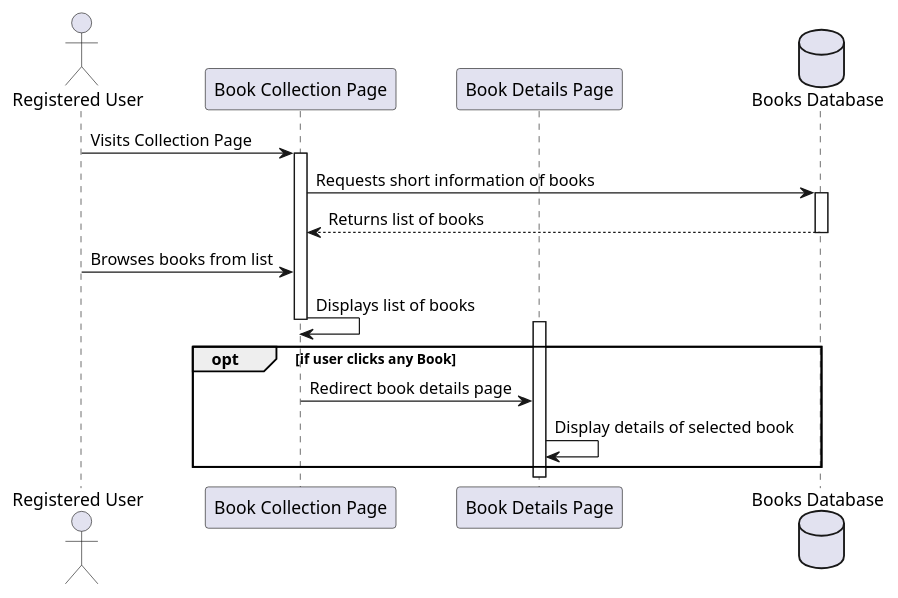
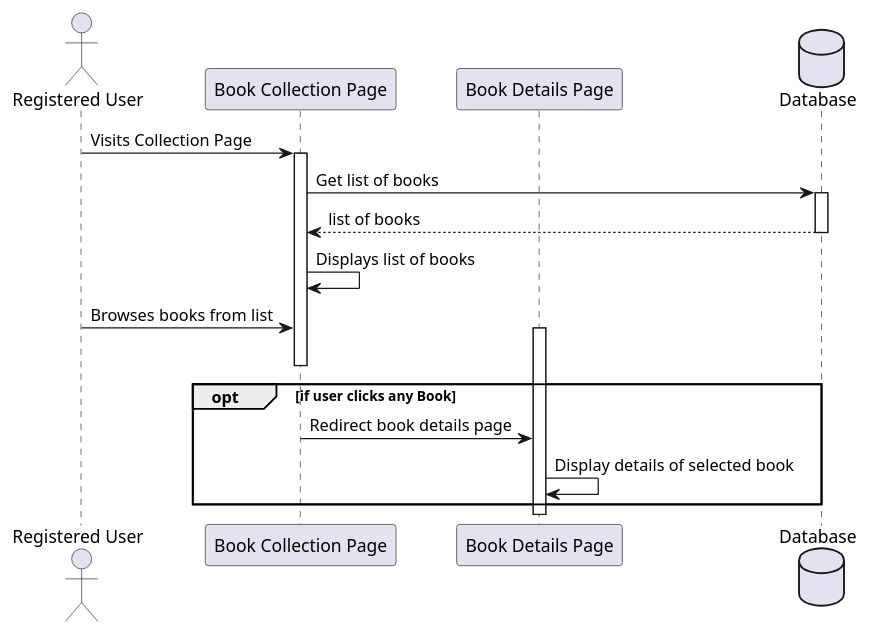
The diagram in docs/umlDiagrams/Sequence Diagrams/Browse.puml (bartucank/mlm), drawn with PlantUML before and after one commit. The commit also changed 35 other files, not shown here.

Commit message:
Room Services + UML Diagrams

```diff
--- a/docs/umlDiagrams/Sequence Diagrams/Browse.puml
+++ b/docs/umlDiagrams/Sequence Diagrams/Browse.puml
@@ -1,22 +1,22 @@
 @startuml
 actor "Registered User" as User
 participant "Book Collection Page" as Page
 participant "Book Details Page" as Details
-database "Books Database" as DB
+database "Database" as DB
 
 User -> Page: Visits Collection Page
 activate Page
 
-Page -> DB: Requests short information of books
+Page -> DB: Get list of books
 activate DB
-DB --> Page: Returns list of books
+DB --> Page:  list of books
 deactivate DB
+Page -> Page: Displays list of books
 User -> Page: Browses books from list
-Page -> Page: Displays list of books
 opt if user clicks any Book
     activate Details
     deactivate Page
     Page -> Details:Redirect book details page
     Details -> Details:Display details of selected book
 end
 @enduml
```
